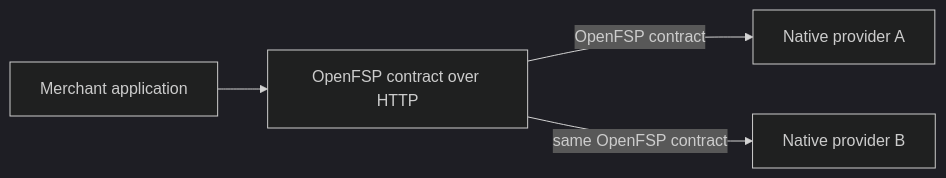
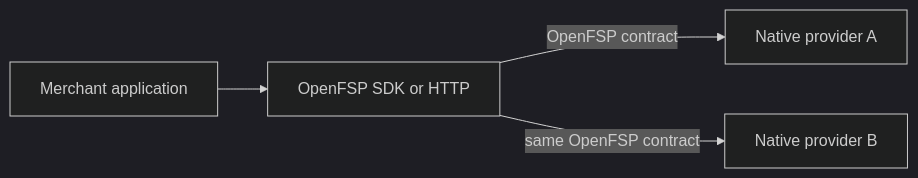
One commit to openfspht/openfsp.org changed the diagram in content/docs/architecture.mdx. Above: the diagram before and after it, drawn with Mermaid (dark theme). The commit also changed 7 other files, not shown here.

Commit message:
docs: list SDKs as the next step in the target architecture and status

````diff
--- a/content/docs/architecture.mdx
+++ b/content/docs/architecture.mdx
@@ -18,6 +18,6 @@
 ```mermaid
 flowchart LR
-    A["Merchant application"] --> S["OpenFSP contract over HTTP"]
+    A["Merchant application"] --> S["OpenFSP SDK or HTTP"]
     S -- "OpenFSP contract" --> P1["Native provider A"]
     S -- "same OpenFSP contract" --> P2["Native provider B"]
 ```
````
